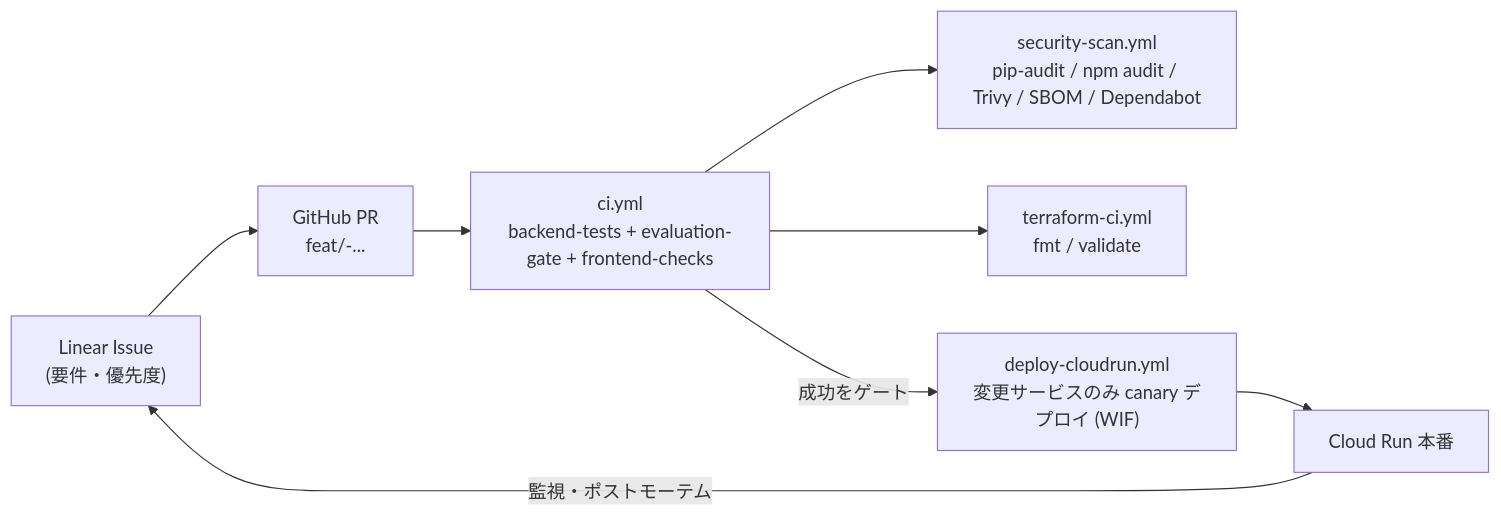
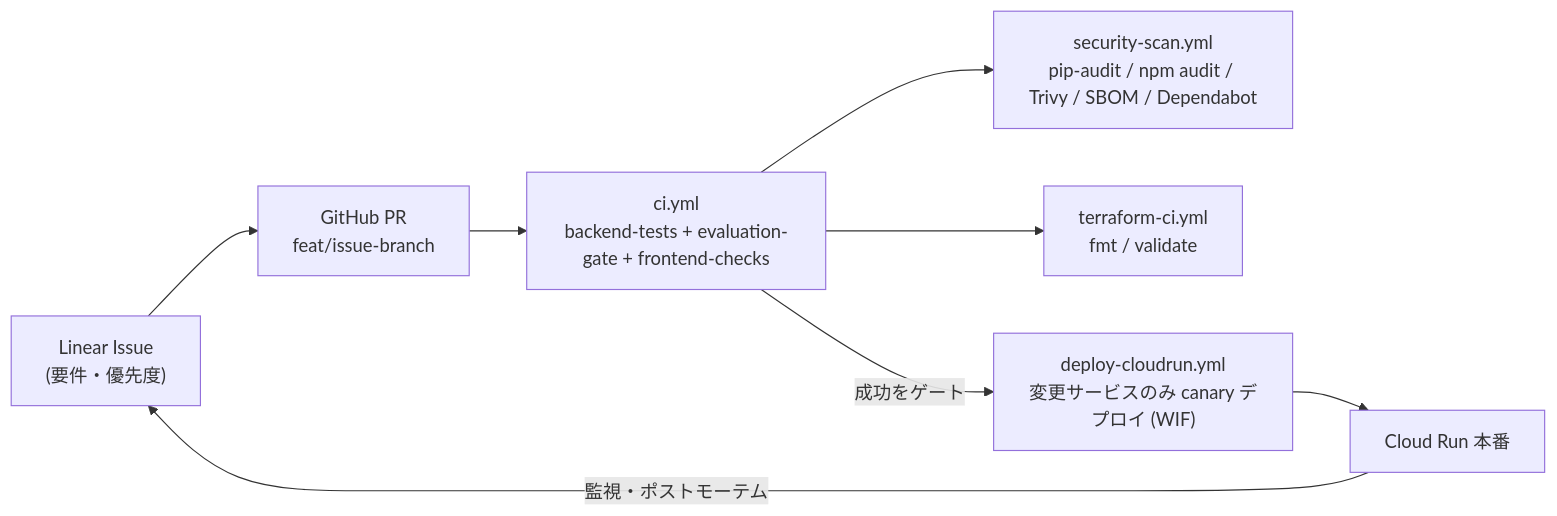
Before and after one commit to sota1111/toddler-private-rag: the seventh of 7 diagrams in docs/architecture.md, drawn with Mermaid.

Commit message:
docs(SOT-1527): make mermaid PR-node label render-safe (drop angle brackets)

````diff
--- a/docs/architecture.md
+++ b/docs/architecture.md
@@ -278,10 +278,10 @@
 ```mermaid
 flowchart LR
-    Issue["Linear Issue<br/>(要件・優先度)"] --> PR["GitHub PR<br/>feat/<issue>-..."]
+    Issue["Linear Issue<br/>(要件・優先度)"] --> PR["GitHub PR<br/>feat/issue-branch"]
     PR --> CI["ci.yml<br/>backend-tests + evaluation-gate + frontend-checks"]
     CI --> SEC["security-scan.yml<br/>pip-audit / npm audit / Trivy / SBOM / Dependabot"]
     CI --> TFCI["terraform-ci.yml<br/>fmt / validate"]
     CI -->|成功をゲート| CD["deploy-cloudrun.yml<br/>変更サービスのみ canary デプロイ (WIF)"]
     CD --> Prod["Cloud Run 本番"]
     Prod -->|監視・ポストモーテム| Issue
 ```
````
